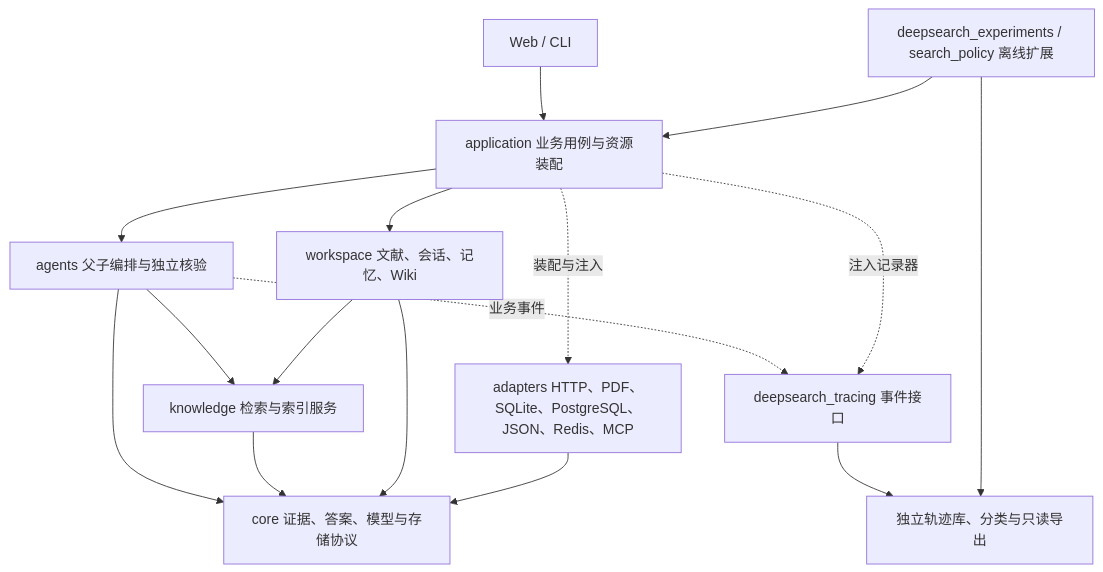
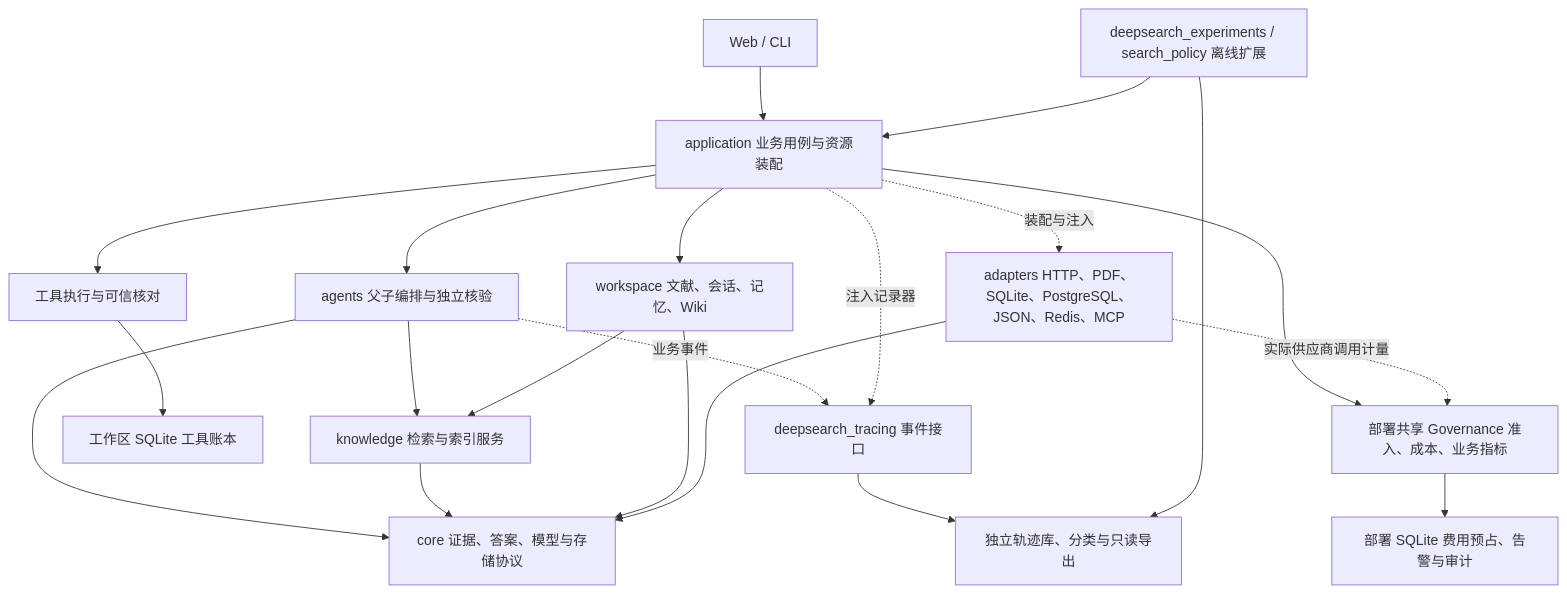
The first of 2 diagrams in docs/ARCHITECTURE.md (zyiguo/deepsearch-paper-agent), drawn with Mermaid before and after one commit. The commit also changed other lines of this file and 67 other files, not shown here.

````diff
--- a/docs/ARCHITECTURE.md
+++ b/docs/ARCHITECTURE.md
@@ -15,18 +15,23 @@
 ```mermaid
 flowchart TD
     UI[Web / CLI] --> APP[application 业务用例与资源装配]
     APP --> AG[agents 父子编排与独立核验]
     APP --> WS[workspace 文献、会话、记忆、Wiki]
+    APP --> GOV[部署共享 Governance 准入、成本、业务指标]
+    GOV --> COST[部署 SQLite 费用预占、告警与审计]
+    APP --> EXEC[工具执行与可信核对]
+    EXEC --> LEDGER[工作区 SQLite 工具账本]
     AG --> KB[knowledge 检索与索引服务]
     WS --> KB
     AG --> PORT[core 证据、答案、模型与存储协议]
     KB --> PORT
     WS --> PORT
     AD[adapters HTTP、PDF、SQLite、PostgreSQL、JSON、Redis、MCP] --> PORT
     APP -.装配与注入.-> AD
+    AD -.实际供应商调用计量.-> GOV
     AG -.业务事件.-> EV[deepsearch_tracing 事件接口]
     APP -.注入记录器.-> EV
     EV --> TRACE[独立轨迹库、分类与只读导出]
     OFF[deepsearch_experiments / search_policy 离线扩展] --> APP
     OFF --> TRACE
 ```
````
